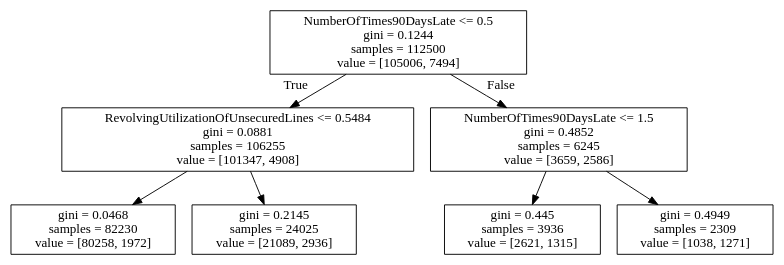
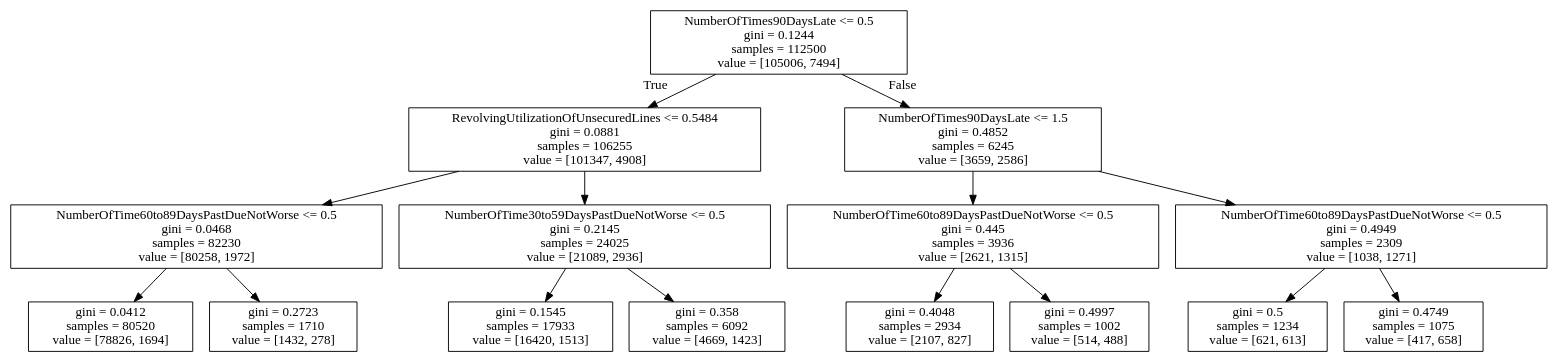
The diagram in OUTPUT/tree1.dot (atsarvos/Artys-Project---Data-Science), drawn with Graphviz before and after one commit. The commit also changed 44 other files, not shown here.

```diff
--- a/OUTPUT/tree1.dot
+++ b/OUTPUT/tree1.dot
@@ -1,16 +1,32 @@
 digraph Tree {
 node [shape=box] ;
 0 [label="NumberOfTimes90DaysLate <= 0.5\ngini = 0.1244\nsamples = 112500\nvalue = [105006, 7494]"] ;
 1 [label="RevolvingUtilizationOfUnsecuredLines <= 0.5484\ngini = 0.0881\nsamples = 106255\nvalue = [101347, 4908]"] ;
 0 -> 1 [labeldistance=2.5, labelangle=45, headlabel="True"] ;
-2 [label="gini = 0.0468\nsamples = 82230\nvalue = [80258, 1972]"] ;
+2 [label="NumberOfTime60to89DaysPastDueNotWorse <= 0.5\ngini = 0.0468\nsamples = 82230\nvalue = [80258, 1972]"] ;
 1 -> 2 ;
-3 [label="gini = 0.2145\nsamples = 24025\nvalue = [21089, 2936]"] ;
-1 -> 3 ;
-4 [label="NumberOfTimes90DaysLate <= 1.5\ngini = 0.4852\nsamples = 6245\nvalue = [3659, 2586]"] ;
-0 -> 4 [labeldistance=2.5, labelangle=-45, headlabel="False"] ;
-5 [label="gini = 0.445\nsamples = 3936\nvalue = [2621, 1315]"] ;
-4 -> 5 ;
-6 [label="gini = 0.4949\nsamples = 2309\nvalue = [1038, 1271]"] ;
-4 -> 6 ;
+3 [label="gini = 0.0412\nsamples = 80520\nvalue = [78826, 1694]"] ;
+2 -> 3 ;
+4 [label="gini = 0.2723\nsamples = 1710\nvalue = [1432, 278]"] ;
+2 -> 4 ;
+5 [label="NumberOfTime30to59DaysPastDueNotWorse <= 0.5\ngini = 0.2145\nsamples = 24025\nvalue = [21089, 2936]"] ;
+1 -> 5 ;
+6 [label="gini = 0.1545\nsamples = 17933\nvalue = [16420, 1513]"] ;
+5 -> 6 ;
+7 [label="gini = 0.358\nsamples = 6092\nvalue = [4669, 1423]"] ;
+5 -> 7 ;
+8 [label="NumberOfTimes90DaysLate <= 1.5\ngini = 0.4852\nsamples = 6245\nvalue = [3659, 2586]"] ;
+0 -> 8 [labeldistance=2.5, labelangle=-45, headlabel="False"] ;
+9 [label="NumberOfTime60to89DaysPastDueNotWorse <= 0.5\ngini = 0.445\nsamples = 3936\nvalue = [2621, 1315]"] ;
+8 -> 9 ;
+10 [label="gini = 0.4048\nsamples = 2934\nvalue = [2107, 827]"] ;
+9 -> 10 ;
+11 [label="gini = 0.4997\nsamples = 1002\nvalue = [514, 488]"] ;
+9 -> 11 ;
+12 [label="NumberOfTime60to89DaysPastDueNotWorse <= 0.5\ngini = 0.4949\nsamples = 2309\nvalue = [1038, 1271]"] ;
+8 -> 12 ;
+13 [label="gini = 0.5\nsamples = 1234\nvalue = [621, 613]"] ;
+12 -> 13 ;
+14 [label="gini = 0.4749\nsamples = 1075\nvalue = [417, 658]"] ;
+12 -> 14 ;
 }
```
